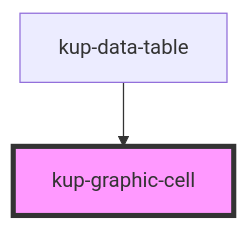
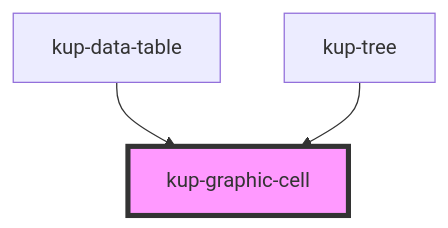
Before and after one commit to smeup/ketchup: the diagram in packages/ketchup/src/components/kup-graphic-cell/readme.md, drawn with Mermaid. The commit also changed other lines of this file and 6 other files, not shown here.

````diff
--- a/packages/ketchup/src/components/kup-graphic-cell/readme.md
+++ b/packages/ketchup/src/components/kup-graphic-cell/readme.md
@@ -24,5 +25,6 @@
 ```mermaid
 graph TD;
   kup-data-table --> kup-graphic-cell
+  kup-tree --> kup-graphic-cell
   style kup-graphic-cell fill:#f9f,stroke:#333,stroke-width:4px
 ```
````
